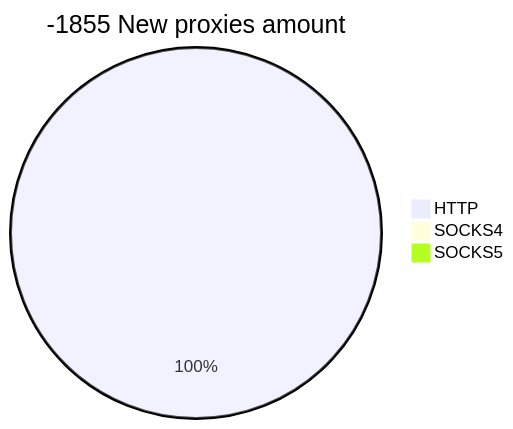
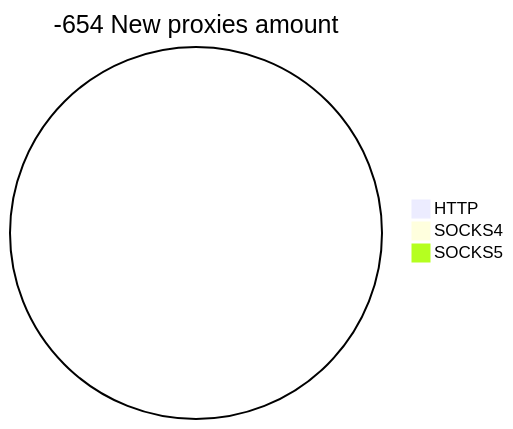
Before and after one commit to cutipu/proxylist: the second of 2 diagrams in README.md, drawn with Mermaid. The commit also changed other lines of this file, not shown here.

````diff
--- a/README.md
+++ b/README.md
@@ -10,6 +10,6 @@
 ```mermaid
-pie title -1855 New proxies amount
-    "HTTP" : 41
+pie title -654 New proxies amount
+    "HTTP" : 0
     "SOCKS4" : 0
     "SOCKS5" : 0
 ```
````
